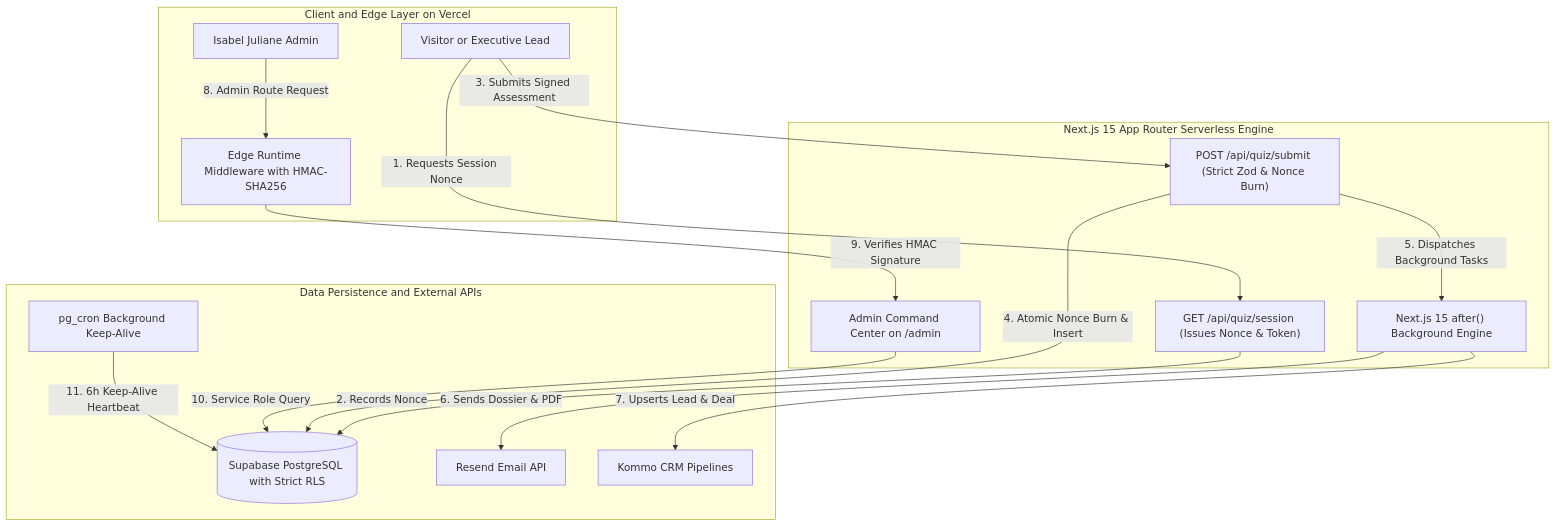
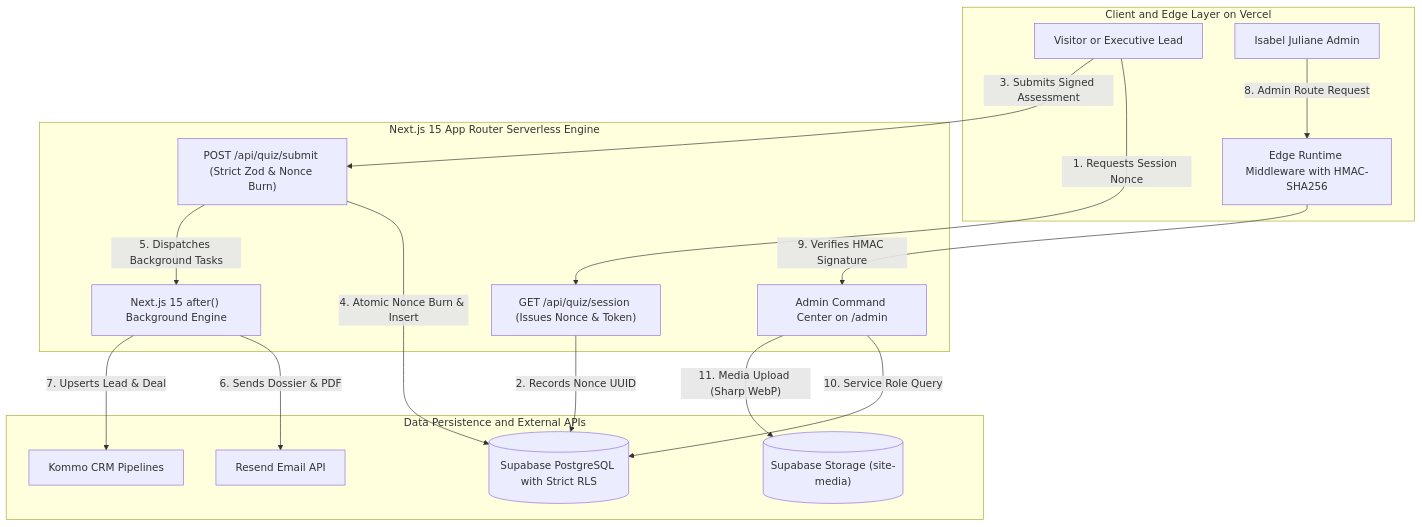
The diagram in README.md (matheus-valpassos/isabel-juliane-case-study), drawn with Mermaid before and after one commit. The commit also changed other lines of this file and 1 other file, not shown here.

First line of the commit message:
docs(case-study): 🚀 update architecture showcase with clean architecture, meta whatsapp and cta editor

````diff
--- a/README.md
+++ b/README.md
@@ -144,35 +156,35 @@
 ```mermaid
 flowchart TD
     subgraph ClientLayer ["Client and Edge Layer on Vercel"]
         User["Visitor or Executive Lead"]
         Admin["Isabel Juliane Admin"]
         EdgeMW["Edge Runtime Middleware with HMAC-SHA256"]
     end
 
     subgraph AppLayer ["Next.js 15 App Router Serverless Engine"]
         SessionAPI["GET /api/quiz/session (Issues Nonce & Token)"]
         SubmitAPI["POST /api/quiz/submit (Strict Zod & Nonce Burn)"]
         AdminHub["Admin Command Center on /admin"]
         BackgroundTask["Next.js 15 after() Background Engine"]
     end
 
     subgraph DataLayer ["Data Persistence and External APIs"]
         SupabaseDB[("Supabase PostgreSQL with Strict RLS")]
+        StorageBucket[("Supabase Storage (site-media)")]
         ResendAPI["Resend Email API"]
         KommoCRM["Kommo CRM Pipelines"]
-        CronJob["pg_cron Background Keep-Alive"]
     end
 
     User -->|"1. Requests Session Nonce"| SessionAPI
-    SessionAPI -->|"2. Records Nonce"| SupabaseDB
+    SessionAPI -->|"2. Records Nonce UUID"| SupabaseDB
     User -->|"3. Submits Signed Assessment"| SubmitAPI
     SubmitAPI -->|"4. Atomic Nonce Burn & Insert"| SupabaseDB
     SubmitAPI -->|"5. Dispatches Background Tasks"| BackgroundTask
     BackgroundTask -->|"6. Sends Dossier & PDF"| ResendAPI
     BackgroundTask -->|"7. Upserts Lead & Deal"| KommoCRM
 
     Admin -->|"8. Admin Route Request"| EdgeMW
     EdgeMW -->|"9. Verifies HMAC Signature"| AdminHub
     AdminHub -->|"10. Service Role Query"| SupabaseDB
-    CronJob -->|"11. 6h Keep-Alive Heartbeat"| SupabaseDB
+    AdminHub -->|"11. Media Upload (Sharp WebP)"| StorageBucket
 ```
````
